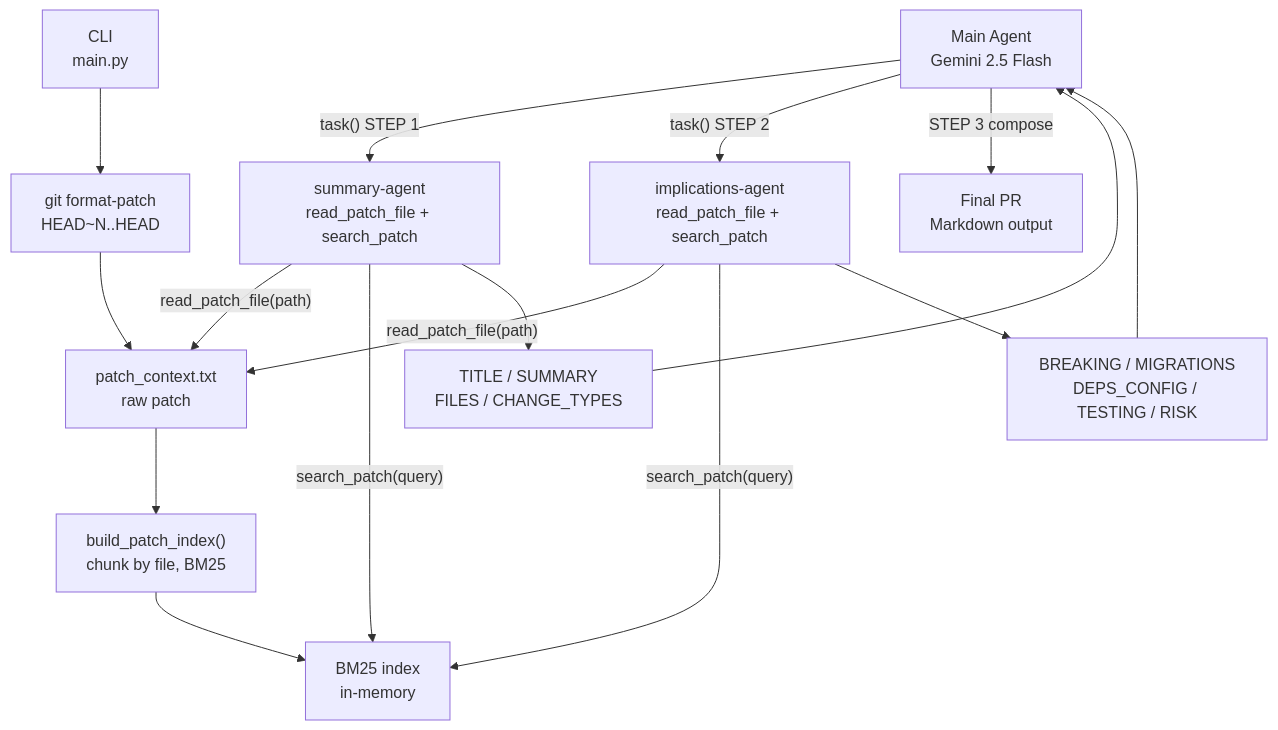
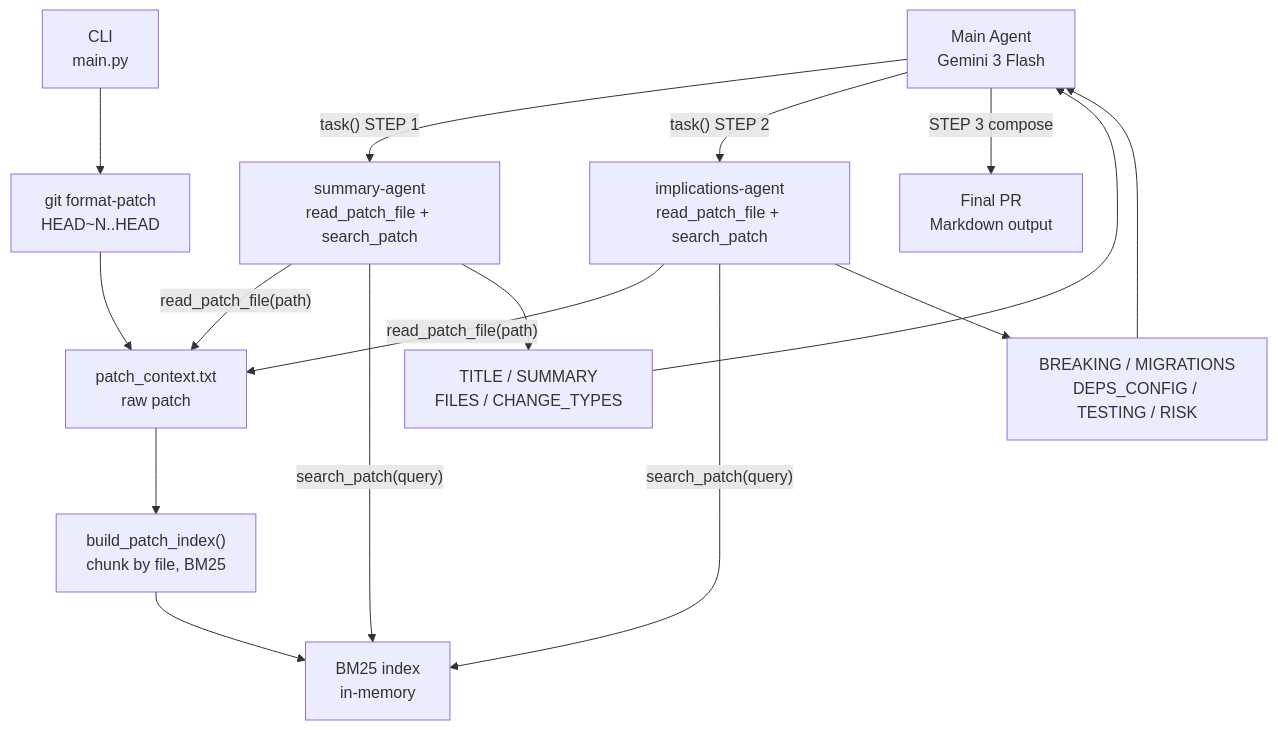
Before and after one commit to Jpisnice/goodpr: the diagram in README.md, drawn with Mermaid. The commit also changed 1 other file, not shown here.

Commit message:
CHORE: used gemeni 3

````diff
--- a/README.md
+++ b/README.md
@@ -43,30 +43,30 @@
 ```mermaid
 flowchart TD
     CLI["CLI\nmain.py"]
     Git["git format-patch\nHEAD~N..HEAD"]
     File["patch_context.txt\nraw patch"]
     BuildIndex["build_patch_index()\nchunk by file, BM25"]
     Index["BM25 index\nin-memory"]
-    Main["Main Agent\nGemini 2.5 Flash"]
+    Main["Main Agent\nGemini 3 Flash"]
     SumAgent["summary-agent\nread_patch_file + search_patch"]
     ImplAgent["implications-agent\nread_patch_file + search_patch"]
     SumOut["TITLE / SUMMARY\nFILES / CHANGE_TYPES"]
     ImplOut["BREAKING / MIGRATIONS\nDEPS_CONFIG / TESTING / RISK"]
     PR["Final PR\nMarkdown output"]
 
     CLI --> Git
     Git --> File
     File --> BuildIndex
     BuildIndex --> Index
     Main -->|"task() STEP 1"| SumAgent
     SumAgent -->|"read_patch_file(path)"| File
     SumAgent -->|"search_patch(query)"| Index
     SumAgent --> SumOut
     SumOut --> Main
     Main -->|"task() STEP 2"| ImplAgent
     ImplAgent -->|"read_patch_file(path)"| File
     ImplAgent -->|"search_patch(query)"| Index
     ImplAgent --> ImplOut
     ImplOut --> Main
     Main -->|"STEP 3 compose"| PR
 ```
````
